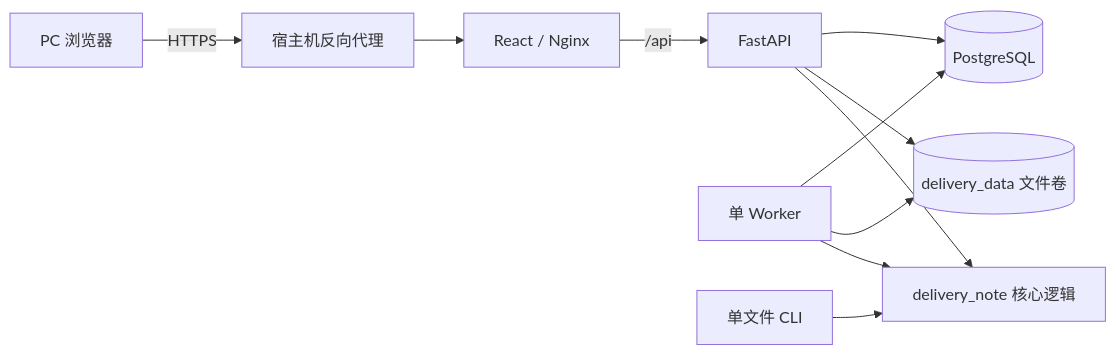
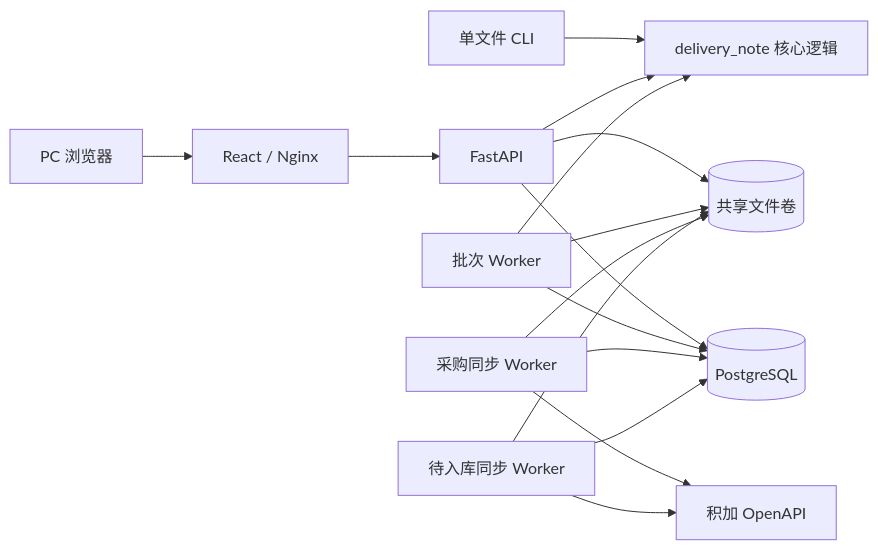
Before and after one commit to songtu2025/deliverynote: the diagram in README.md, drawn with Mermaid. The commit also changed other lines of this file and 76 other files, not shown here.

````diff
--- a/README.md
+++ b/README.md
@@ -97,13 +201,18 @@
 ```mermaid
 flowchart LR
-    U[PC 浏览器] -->|HTTPS| P[宿主机反向代理]
-    P --> W[React / Nginx]
-    W -->|/api| A[FastAPI]
+    U[PC 浏览器] --> W[React / Nginx]
+    W --> A[FastAPI]
     A --> D[(PostgreSQL)]
-    A --> F[(delivery_data 文件卷)]
-    Q[单 Worker] --> D
-    Q --> F
+    A --> F[(共享文件卷)]
+    B[批次 Worker] --> D
+    B --> F
+    P[采购同步 Worker] --> D
+    P --> F
+    P --> G[积加 OpenAPI]
+    I[待入库同步 Worker] --> D
+    I --> F
+    I --> G
     C[单文件 CLI] --> K[delivery_note 核心逻辑]
     A --> K
-    Q --> K
+    B --> K
 ```
````
